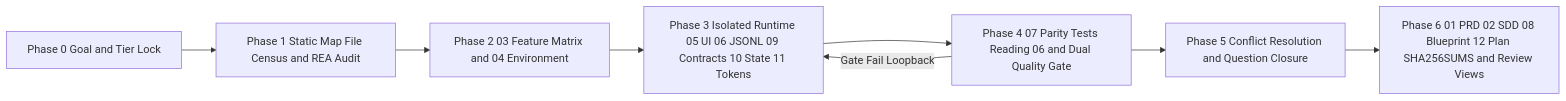
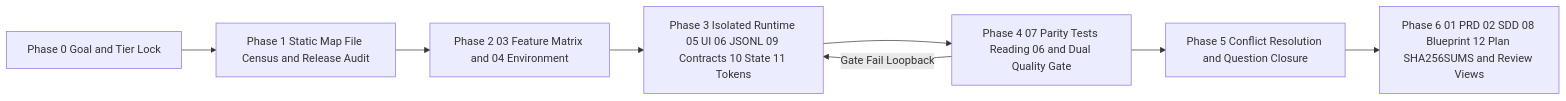
Before and after one commit to awesomejun/spec-anything: the diagram in docs/ARCHITECTURE.ko.md, drawn with Mermaid. The commit also changed other lines of this file and 12 other files, not shown here.

Commit message:
docs: de-emphasize reverse-engineering/REA wording in favor of Release Artifact Analysis (RAA)

````diff
--- a/docs/ARCHITECTURE.ko.md
+++ b/docs/ARCHITECTURE.ko.md
@@ -31,10 +31,10 @@
 ```mermaid
 flowchart LR
-    P0[Phase 0 Goal and Tier Lock] --> P1[Phase 1 Static Map File Census and REA Audit]
+    P0[Phase 0 Goal and Tier Lock] --> P1[Phase 1 Static Map File Census and Release Audit]
     P1 --> P2[Phase 2 03 Feature Matrix and 04 Environment]
     P2 --> P3[Phase 3 Isolated Runtime 05 UI 06 JSONL 09 Contracts 10 State 11 Tokens]
     P3 --> P4[Phase 4 07 Parity Tests Reading 06 and Dual Quality Gate]
     P4 -->|Gate Fail Loopback| P3
     P4 --> P5[Phase 5 Conflict Resolution and Question Closure]
     P5 --> P6[Phase 6 01 PRD 02 SDD 08 Blueprint 12 Plan SHA256SUMS and Review Views]
 ```
````
